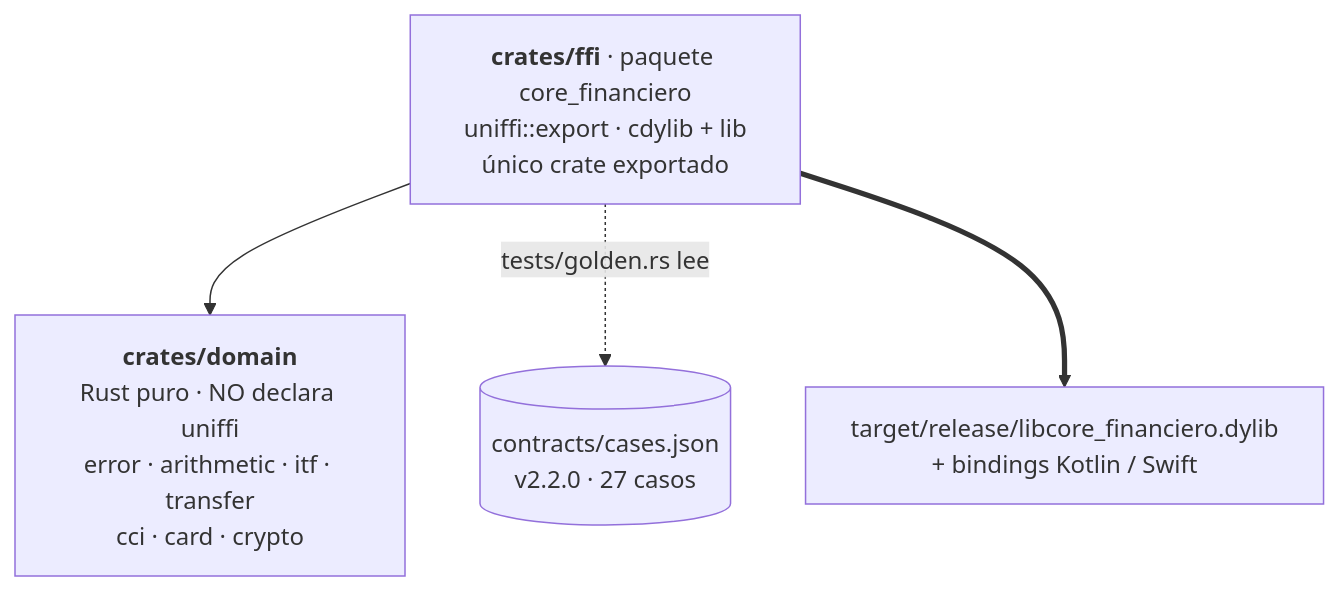
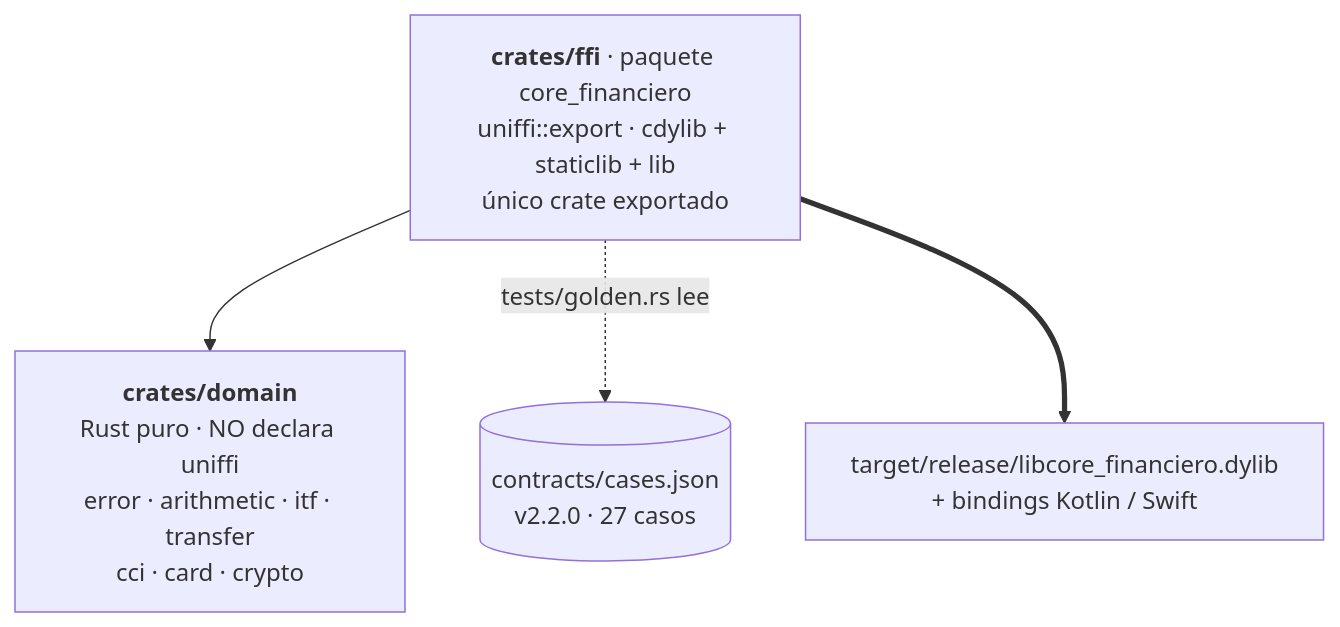
The diagram in rust-core/README.md (tohure/rust-core-cross-app), drawn with Mermaid before and after one commit. The commit also changed 5 other files, not shown here.

````diff
--- a/rust-core/README.md
+++ b/rust-core/README.md
@@ -16,11 +16,11 @@
 ```mermaid
 graph TD
-    ffi["<b>crates/ffi</b> · paquete core_financiero<br/>uniffi::export · cdylib + lib<br/>único crate exportado"]
+    ffi["<b>crates/ffi</b> · paquete core_financiero<br/>uniffi::export · cdylib + staticlib + lib<br/>único crate exportado"]
     domain["<b>crates/domain</b><br/>Rust puro · NO declara uniffi<br/>error · arithmetic · itf · transfer<br/>cci · card · crypto"]
     contrato[("contracts/cases.json<br/>v2.2.0 · 27 casos")]
     bindings["target/release/libcore_financiero.dylib<br/>+ bindings Kotlin / Swift"]
 
     ffi --> domain
     ffi -. "tests/golden.rs lee" .-> contrato
     ffi ==> bindings
 ```
````
